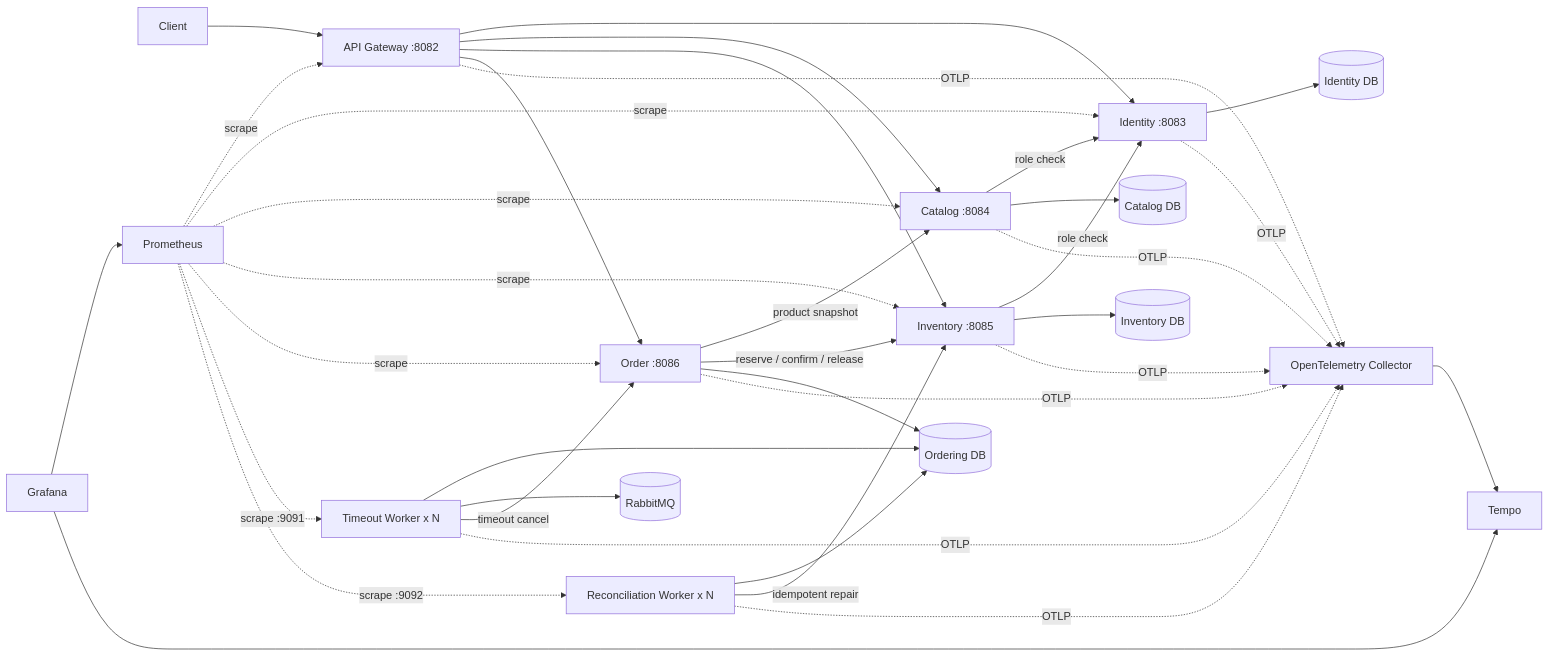
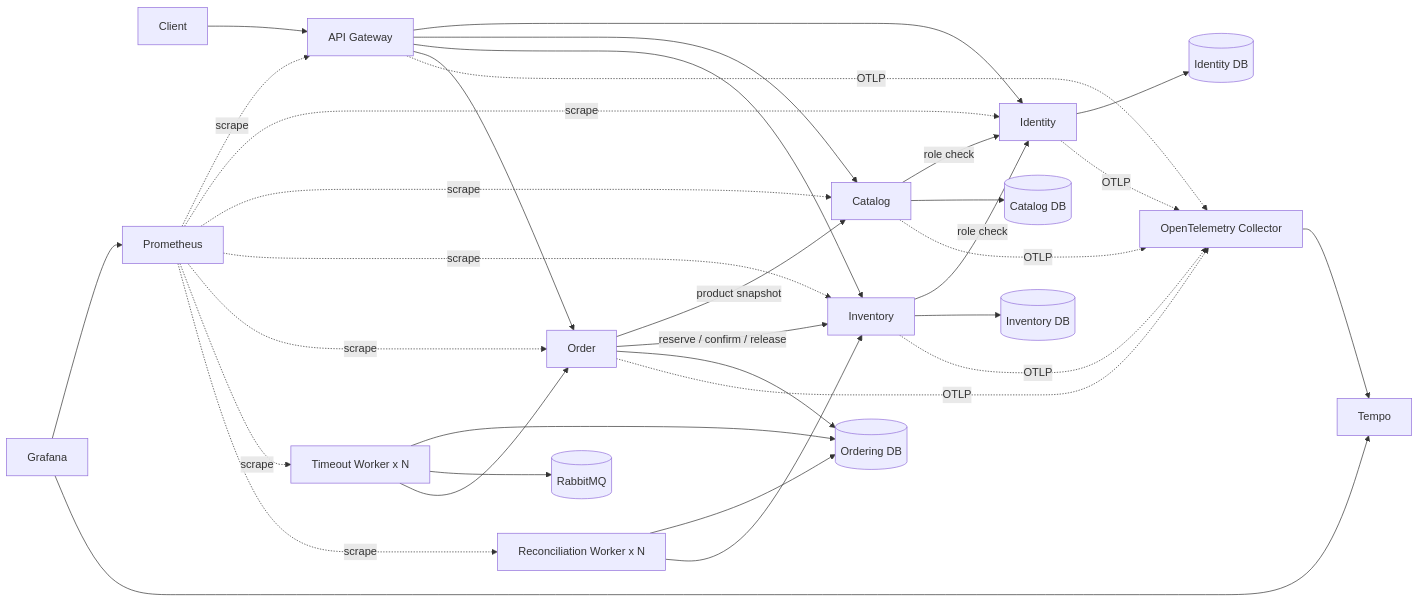
One commit to Yotoha0303/go-order-management-system-cloudnative-lab changed the diagram in README.md. Above: the diagram before and after it, drawn with Mermaid. The commit also changed other lines of this file, not shown here.

````diff
--- a/README.md
+++ b/README.md
@@ -44,45 +74,42 @@
 ```mermaid
 flowchart LR
-    Client[Client] --> Gateway[API Gateway :8082]
-
-    Gateway --> Identity[Identity :8083]
-    Gateway --> Catalog[Catalog :8084]
-    Gateway --> Inventory[Inventory :8085]
-    Gateway --> Order[Order :8086]
+    Client --> Gateway[API Gateway]
+    Gateway --> Identity
+    Gateway --> Catalog
+    Gateway --> Inventory
+    Gateway --> Order
 
     Catalog -->|role check| Identity
     Inventory -->|role check| Identity
     Order -->|product snapshot| Catalog
     Order -->|reserve / confirm / release| Inventory
 
     Identity --> IdentityDB[(Identity DB)]
     Catalog --> CatalogDB[(Catalog DB)]
     Inventory --> InventoryDB[(Inventory DB)]
     Order --> OrderingDB[(Ordering DB)]
 
     TimeoutWorker[Timeout Worker x N] --> OrderingDB
     TimeoutWorker --> RabbitMQ[(RabbitMQ)]
-    TimeoutWorker -->|timeout cancel| Order
+    TimeoutWorker --> Order
 
     ReconcileWorker[Reconciliation Worker x N] --> OrderingDB
-    ReconcileWorker -->|idempotent repair| Inventory
+    ReconcileWorker --> Inventory
 
-    Prometheus[Prometheus] -. scrape .-> Gateway
+    Prometheus -. scrape .-> Gateway
     Prometheus -. scrape .-> Identity
     Prometheus -. scrape .-> Catalog
     Prometheus -. scrape .-> Inventory
     Prometheus -. scrape .-> Order
-    Prometheus -. scrape :9091 .-> TimeoutWorker
-    Prometheus -. scrape :9092 .-> ReconcileWorker
-    Grafana[Grafana] --> Prometheus
+    Prometheus -. scrape .-> TimeoutWorker
+    Prometheus -. scrape .-> ReconcileWorker
+    Grafana --> Prometheus
 
     Gateway -. OTLP .-> Collector[OpenTelemetry Collector]
     Identity -. OTLP .-> Collector
     Catalog -. OTLP .-> Collector
     Inventory -. OTLP .-> Collector
     Order -. OTLP .-> Collector
-    TimeoutWorker -. OTLP .-> Collector
-    ReconcileWorker -. OTLP .-> Collector
-    Collector --> Tempo[Tempo]
+    Collector --> Tempo
     Grafana --> Tempo
 ```
````
